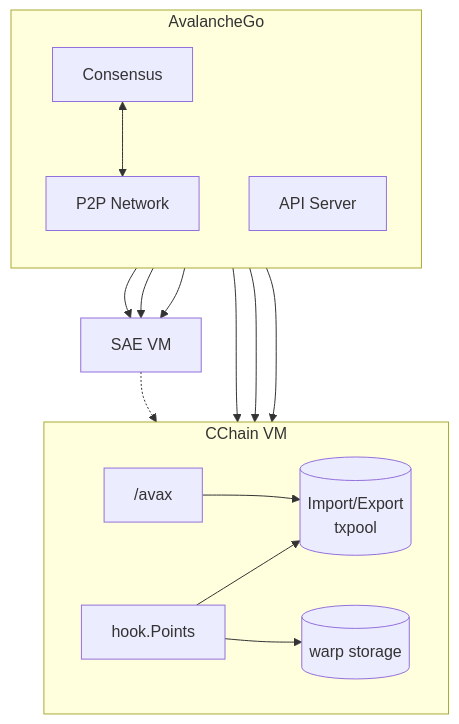
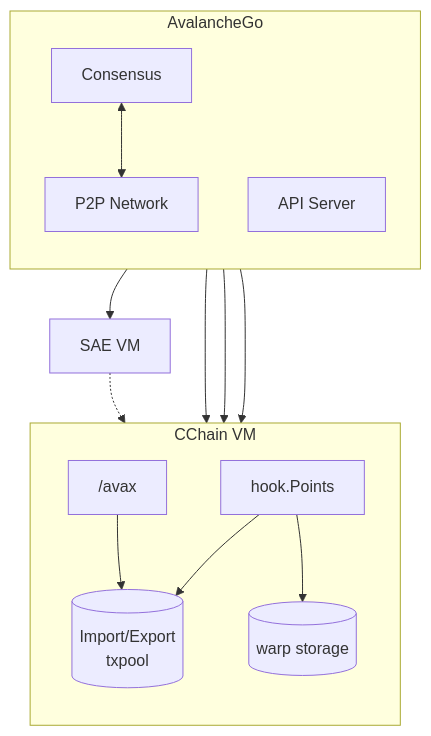
Before and after one commit to ava-labs/avalanchego: the first of 4 diagrams in vms/saevm/cchain/README.md, drawn with Mermaid.

````diff
--- a/vms/saevm/cchain/README.md
+++ b/vms/saevm/cchain/README.md
@@ -9,33 +9,31 @@
 ```mermaid
 flowchart TB
     subgraph avago["AvalancheGo"]
         direction TB
         consensus["Consensus"]
         p2pin["P2P Network"]
         httpd["API Server"]
         consensus <--> p2pin
     end
 
     saevm["SAE VM"]
 
     subgraph cchain["CChain VM"]
-        direction LR
+        direction TB
         cc_rpc["/avax"]
         cc_pool[("Import/Export<br/>txpool")]
         cc_hook["hook.Points"]
         cc_warp_store[("warp storage")]
     end
 
-    consensus --> saevm
-    p2pin --> saevm
-    httpd --> saevm
+    avago --> saevm
     httpd --> cc_rpc
     p2pin --> cc_pool
     p2pin --> cc_warp_store
 
     saevm -.-> cc_hook
 
     cc_rpc --> cc_pool
     cc_hook --> cc_pool
     cc_hook --> cc_warp_store
 ```
````
